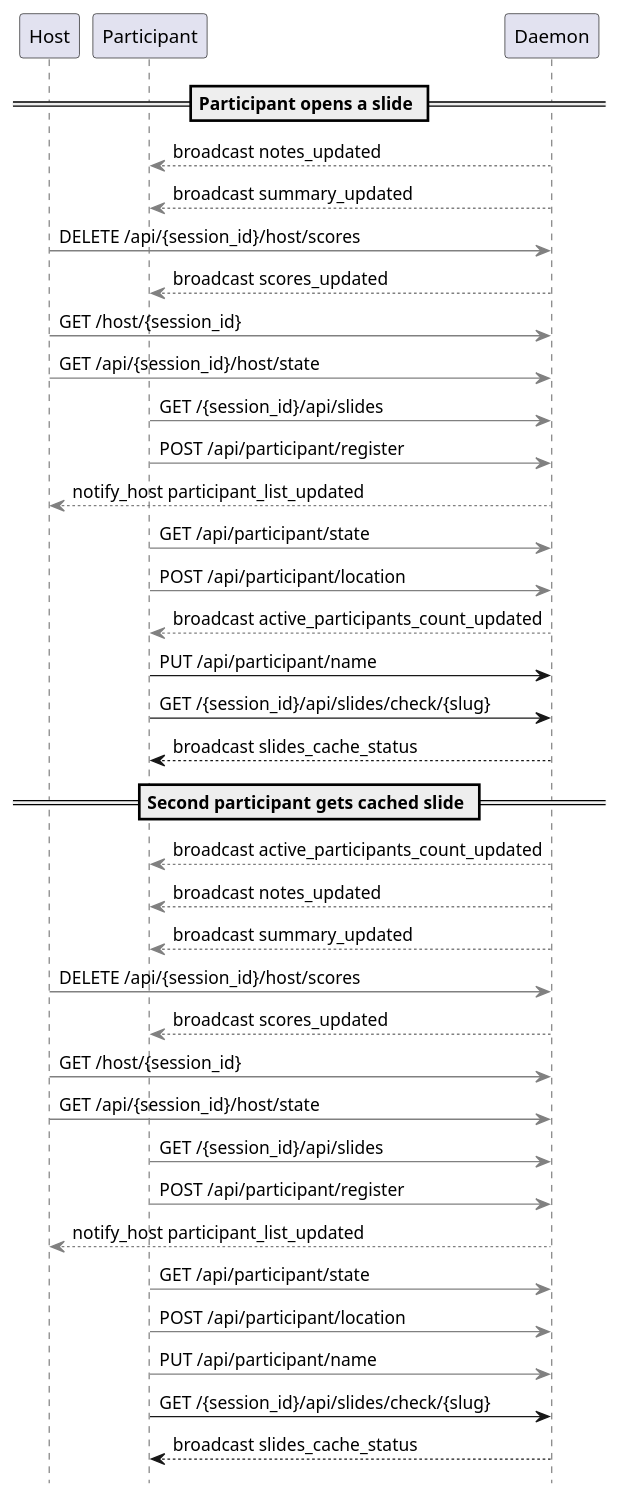
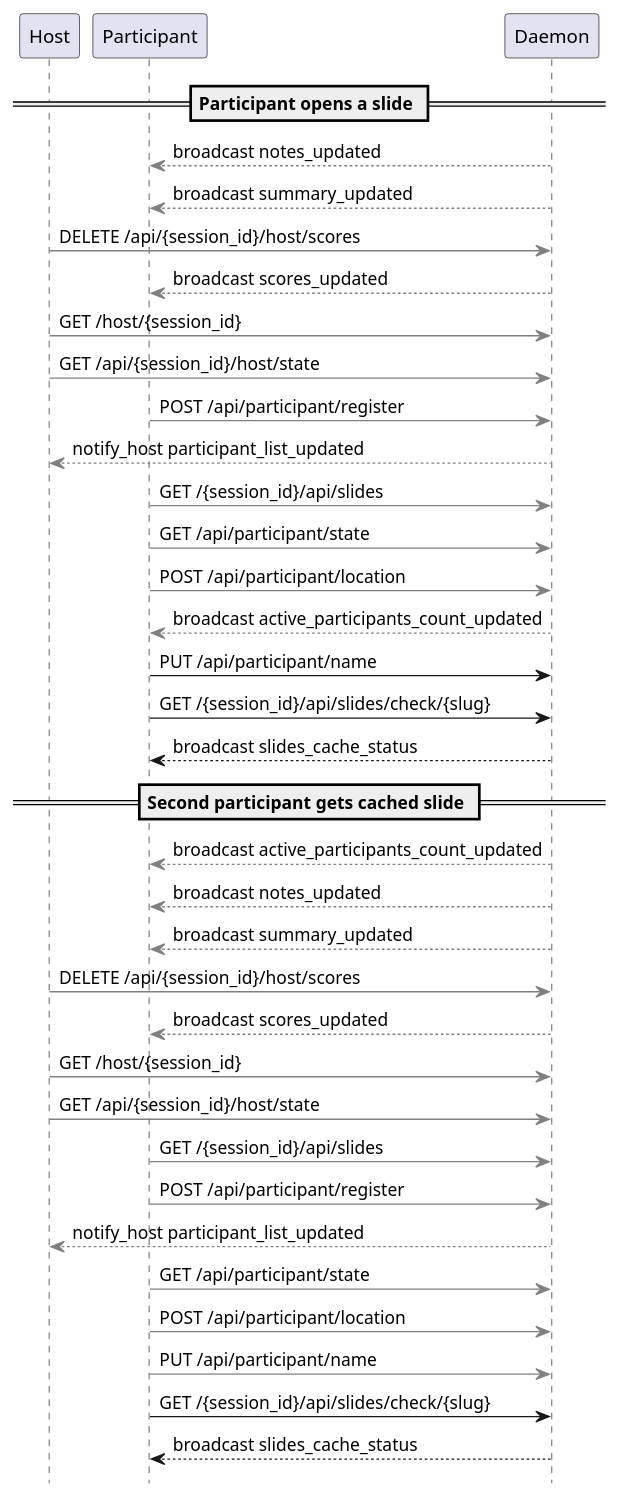
The diagram in docs/sequences/extracted/06-slides.puml (victorrentea/training-assistant), drawn with PlantUML before and after one commit. The commit also changed other lines of this file and 1 other file, not shown here.

Commit message:
docs: regenerated slides sequence diagram after reconnect broadcast removal

```diff
--- a/docs/sequences/extracted/06-slides.puml
+++ b/docs/sequences/extracted/06-slides.puml
@@ -1,43 +1,43 @@
 @startuml
 hide footbox
 
 participant "Host"
 participant "Participant"
 participant "Daemon"
 
 == Participant opens a slide ==
 "Daemon" [#gray]--> "Participant": broadcast notes_updated
 "Daemon" [#gray]--> "Participant": broadcast summary_updated
 "Host" [#gray]-> "Daemon": DELETE /api/{session_id}/host/scores
 "Daemon" [#gray]--> "Participant": broadcast scores_updated
 "Host" [#gray]-> "Daemon": GET /host/{session_id}
 "Host" [#gray]-> "Daemon": GET /api/{session_id}/host/state
-"Participant" [#gray]-> "Daemon": GET /{session_id}/api/slides
 "Participant" [#gray]-> "Daemon": POST /api/participant/register
 "Daemon" [#gray]--> "Host": notify_host participant_list_updated
+"Participant" [#gray]-> "Daemon": GET /{session_id}/api/slides
 "Participant" [#gray]-> "Daemon": GET /api/participant/state
 "Participant" [#gray]-> "Daemon": POST /api/participant/location
 "Daemon" [#gray]--> "Participant": broadcast active_participants_count_updated
 "Participant" -> "Daemon": PUT /api/participant/name
 "Participant" -> "Daemon": GET /{session_id}/api/slides/check/{slug}
 "Daemon" --> "Participant": broadcast slides_cache_status
 
 == Second participant gets cached slide ==
 "Daemon" [#gray]--> "Participant": broadcast active_participants_count_updated
 "Daemon" [#gray]--> "Participant": broadcast notes_updated
 "Daemon" [#gray]--> "Participant": broadcast summary_updated
 "Host" [#gray]-> "Daemon": DELETE /api/{session_id}/host/scores
 "Daemon" [#gray]--> "Participant": broadcast scores_updated
 "Host" [#gray]-> "Daemon": GET /host/{session_id}
 "Host" [#gray]-> "Daemon": GET /api/{session_id}/host/state
 "Participant" [#gray]-> "Daemon": GET /{session_id}/api/slides
 "Participant" [#gray]-> "Daemon": POST /api/participant/register
 "Daemon" [#gray]--> "Host": notify_host participant_list_updated
 "Participant" [#gray]-> "Daemon": GET /api/participant/state
 "Participant" [#gray]-> "Daemon": POST /api/participant/location
 "Participant" [#gray]-> "Daemon": PUT /api/participant/name
 "Participant" -> "Daemon": GET /{session_id}/api/slides/check/{slug}
 "Daemon" --> "Participant": broadcast slides_cache_status
 
 
 @enduml
```
